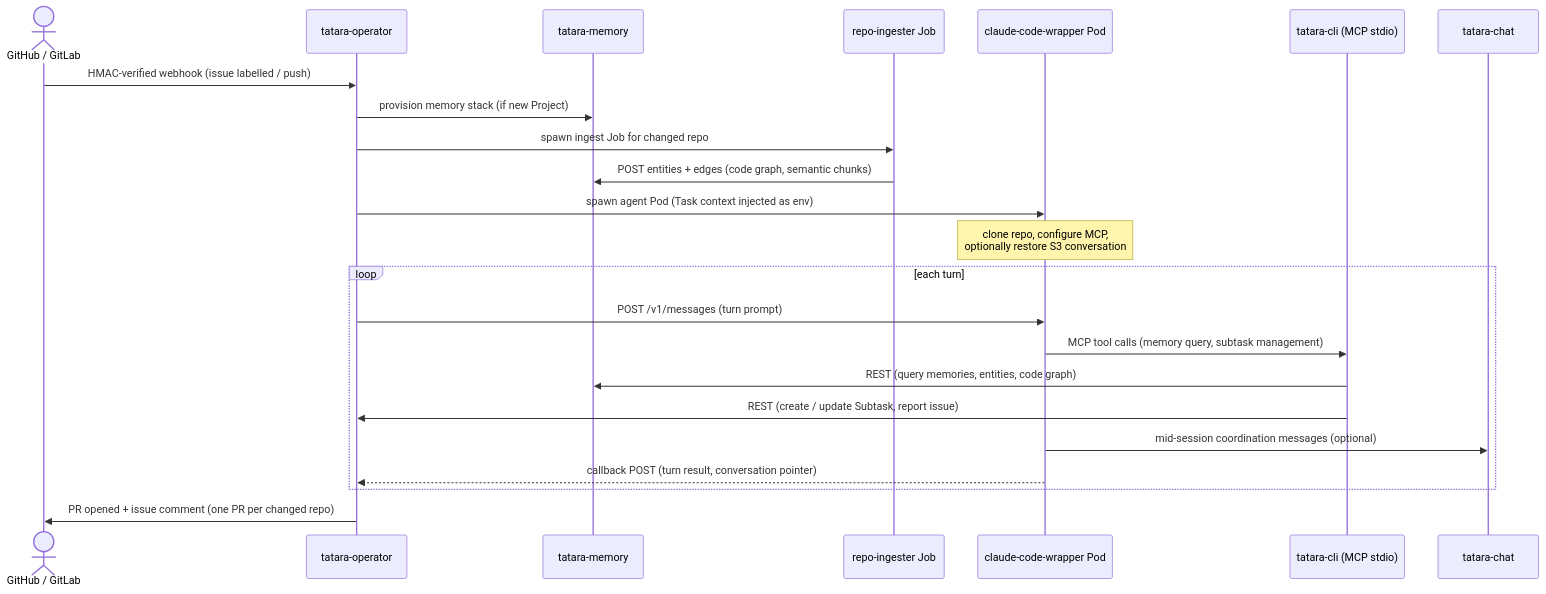
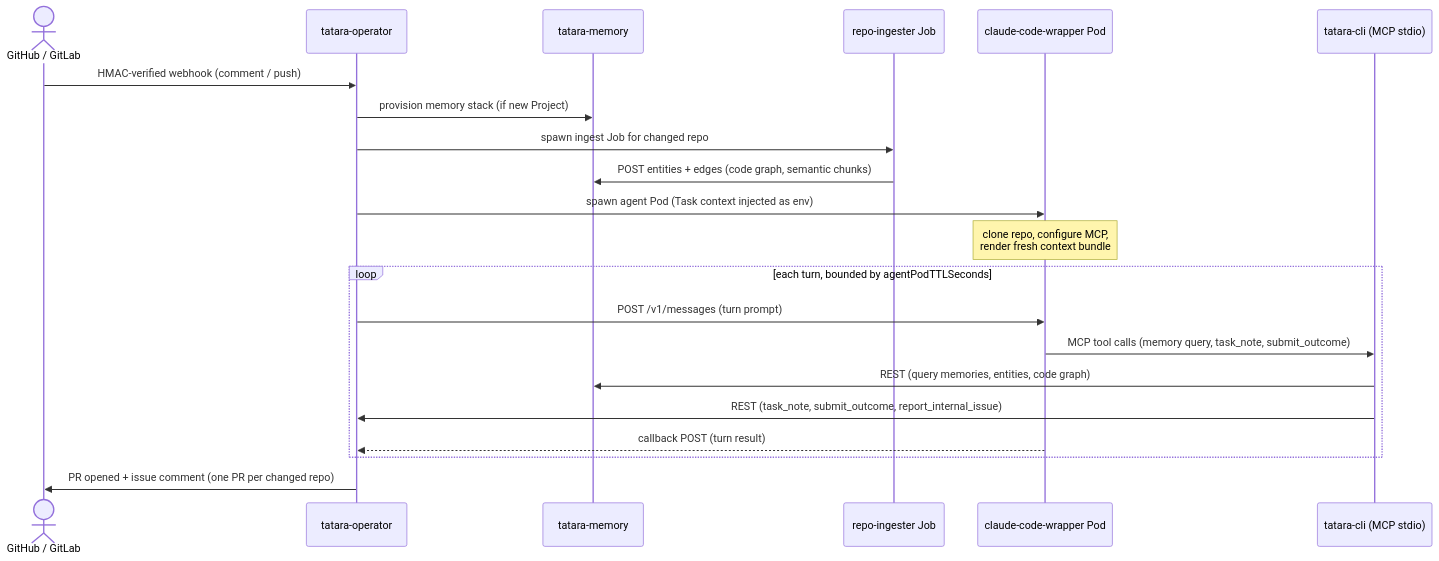
One commit to szymonrychu/tatara-documentation changed the first of 3 diagrams in docs/components/index.md. Above: the diagram before and after it, drawn with Mermaid. The commit also changed other lines of this file and 63 other files, not shown here.

First line of the commit message:
feat!: document the task-centric architecture (Issue/MergeRequest CRs, stage machine, operator merge) (#19)

````diff
--- a/docs/components/index.md
+++ b/docs/components/index.md
@@ -202,26 +190,24 @@
 ```mermaid
 sequenceDiagram
     actor SCM as GitHub / GitLab
     participant Op as tatara-operator
     participant Mem as tatara-memory
     participant Ing as repo-ingester Job
     participant Wrap as claude-code-wrapper Pod
     participant Cli as tatara-cli (MCP stdio)
-    participant Chat as tatara-chat
 
-    SCM->>Op: HMAC-verified webhook (issue labelled / push)
+    SCM->>Op: HMAC-verified webhook (comment / push)
     Op->>Mem: provision memory stack (if new Project)
     Op->>Ing: spawn ingest Job for changed repo
     Ing->>Mem: POST entities + edges (code graph, semantic chunks)
     Op->>Wrap: spawn agent Pod (Task context injected as env)
-    Note over Wrap: clone repo, configure MCP,<br/>optionally restore S3 conversation
-    loop each turn
+    Note over Wrap: clone repo, configure MCP,<br/>render fresh context bundle
+    loop each turn, bounded by agentPodTTLSeconds
         Op->>Wrap: POST /v1/messages (turn prompt)
-        Wrap->>Cli: MCP tool calls (memory query, subtask management)
+        Wrap->>Cli: MCP tool calls (memory query, task_note, submit_outcome)
         Cli->>Mem: REST (query memories, entities, code graph)
-        Cli->>Op: REST (create / update Subtask, report issue)
-        Wrap->>Chat: mid-session coordination messages (optional)
-        Wrap-->>Op: callback POST (turn result, conversation pointer)
+        Cli->>Op: REST (task_note, submit_outcome, report_internal_issue)
+        Wrap-->>Op: callback POST (turn result)
     end
     Op->>SCM: PR opened + issue comment (one PR per changed repo)
 ```
````
